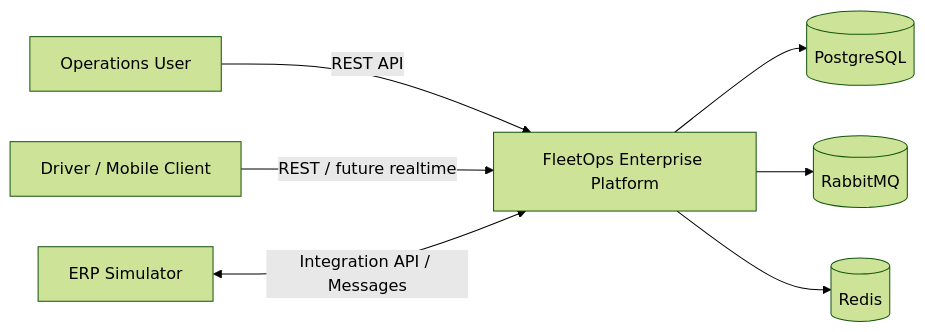
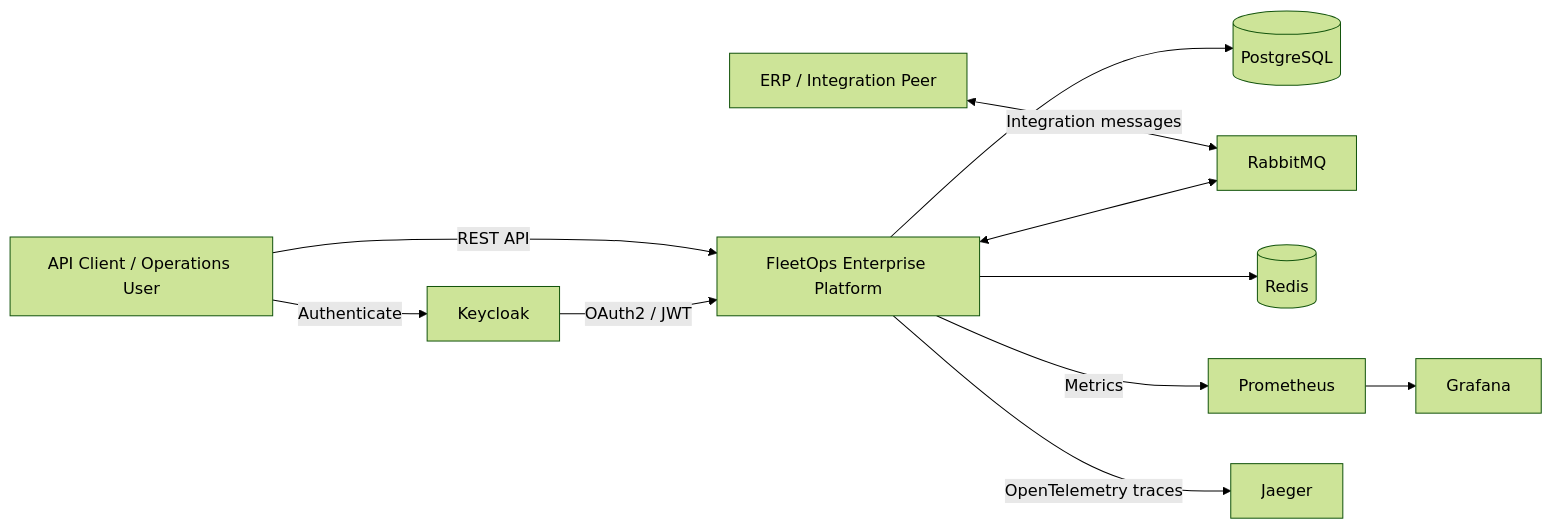
One commit to aalsaeed/fleetops-enterprise-platform changed the first of 3 diagrams in docs/architecture/README.md. Above: the diagram before and after it, drawn with Mermaid (forest theme). The commit also changed other lines of this file and 3 other files, not shown here.

First line of the commit message:
docs: polish FleetOps portfolio presentation

````diff
--- a/docs/architecture/README.md
+++ b/docs/architecture/README.md
@@ -7,17 +9,24 @@
 ```mermaid
 flowchart LR
-    Operator[Operations User]
-    Driver[Driver / Mobile Client]
-    ERP[ERP Simulator]
+    Client[API Client / Operations User]
+    ERP[ERP / Integration Peer]
+    KC[Keycloak]
     FleetOps[FleetOps Enterprise Platform]
     DB[(PostgreSQL)]
-    MQ[(RabbitMQ)]
-    Cache[(Redis)]
+    MQ[RabbitMQ]
+    Redis[(Redis)]
+    Prom[Prometheus]
+    Grafana[Grafana]
+    Jaeger[Jaeger]
 
-    Operator -->|REST API| FleetOps
-    Driver -->|REST / future realtime| FleetOps
-    ERP <-->|Integration API / Messages| FleetOps
+    Client -->|REST API| FleetOps
+    Client -->|Authenticate| KC
+    KC -->|OAuth2 / JWT| FleetOps
+    ERP <-->|Integration messages| MQ
     FleetOps --> DB
-    FleetOps --> MQ
-    FleetOps --> Cache
+    FleetOps <--> MQ
+    FleetOps --> Redis
+    FleetOps -->|Metrics| Prom
+    Prom --> Grafana
+    FleetOps -->|OpenTelemetry traces| Jaeger
 ```
````
